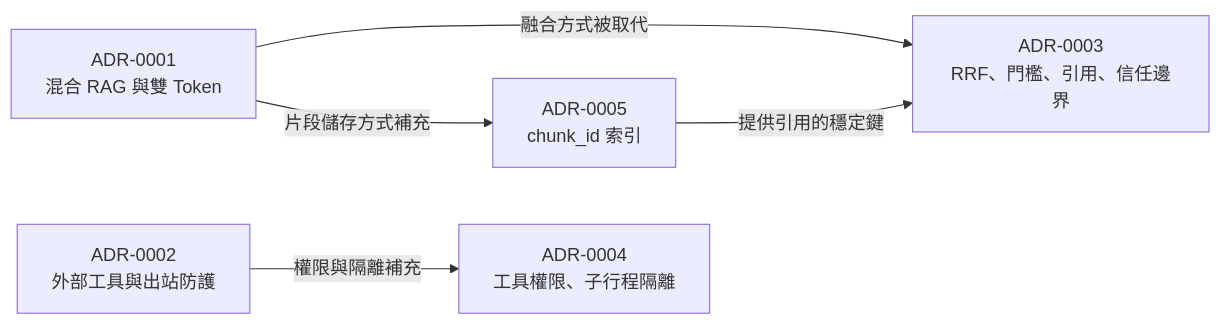
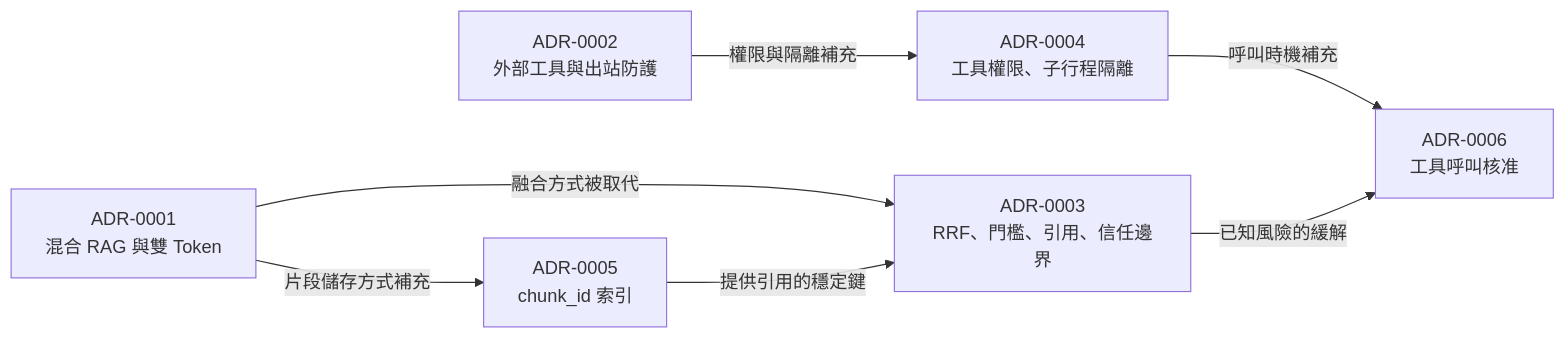
Before and after one commit to Scorpio-meow/AskMiao: the diagram in docs/adr/README.md, drawn with Mermaid. The commit also changed other lines of this file and 84 other files, not shown here.

````diff
--- a/docs/adr/README.md
+++ b/docs/adr/README.md
@@ -19,7 +20,9 @@
 ```mermaid
 flowchart LR
     A1["ADR-0001<br/>混合 RAG 與雙 Token"] -->|融合方式被取代| A3["ADR-0003<br/>RRF、門檻、引用、信任邊界"]
     A1 -->|片段儲存方式補充| A5["ADR-0005<br/>chunk_id 索引"]
     A5 -->|提供引用的穩定鍵| A3
     A2["ADR-0002<br/>外部工具與出站防護"] -->|權限與隔離補充| A4["ADR-0004<br/>工具權限、子行程隔離"]
+    A4 -->|呼叫時機補充| A6["ADR-0006<br/>工具呼叫核准"]
+    A3 -->|已知風險的緩解| A6
 ```
````
